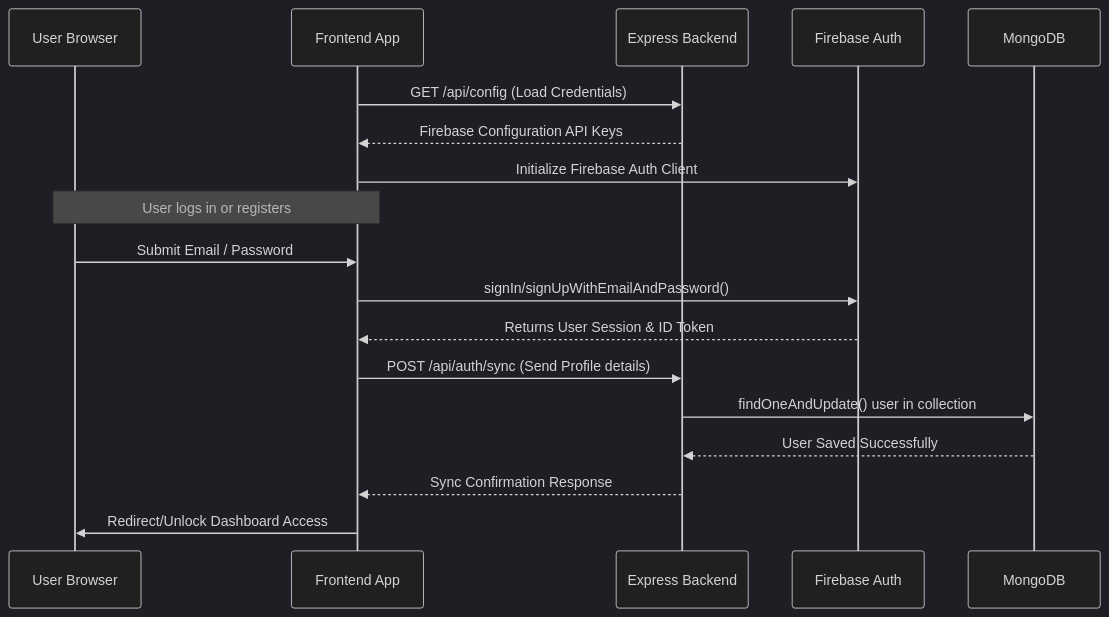
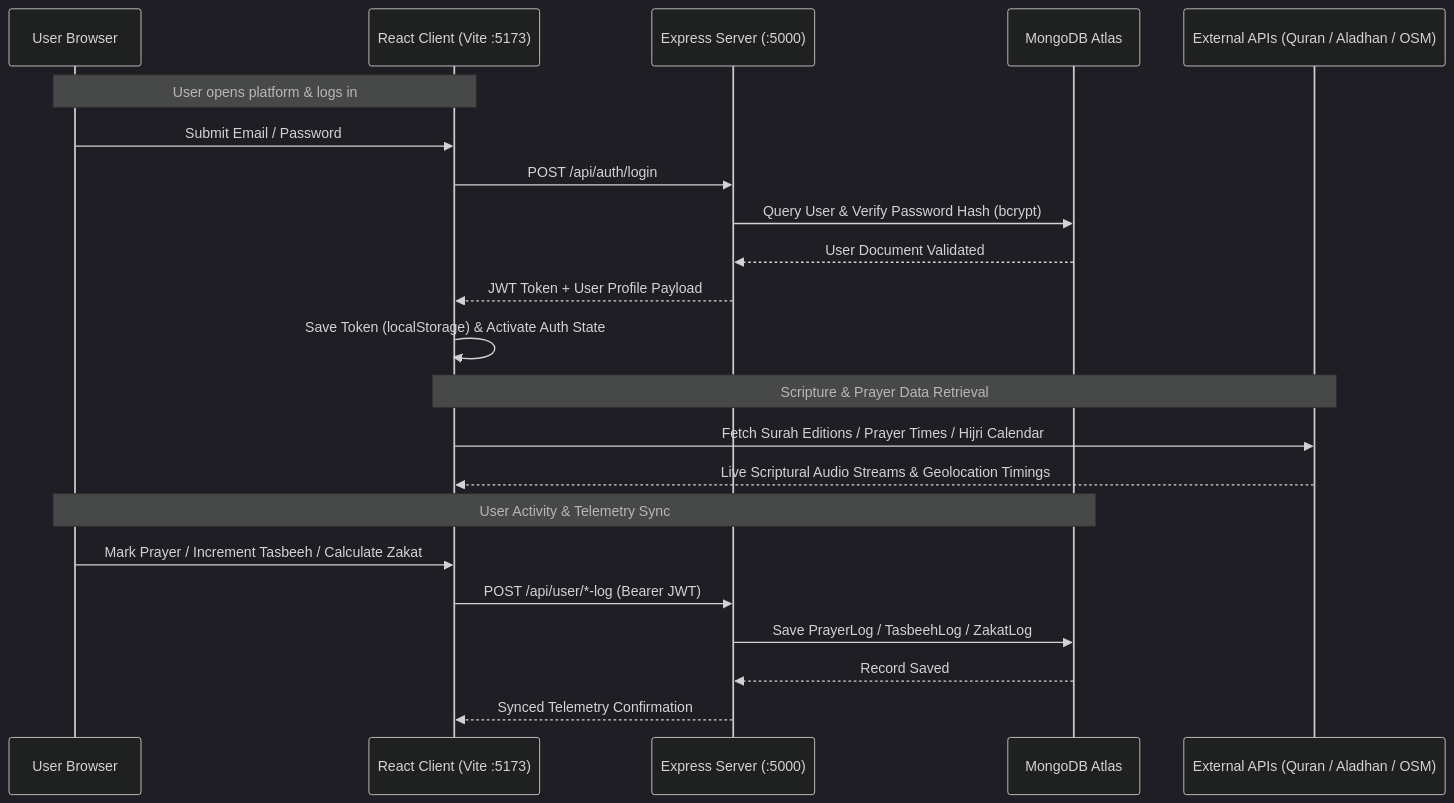
The first of 3 diagrams in README.md (itxasadashfaq/NurulQuran), drawn with Mermaid (dark theme) before and after one commit. The commit also changed other lines of this file and 48 other files, not shown here.

Commit message:
feat: complete 6-week MERN stack platform, DFD architecture diagrams, and persistent cloud API

````diff
--- a/README.md
+++ b/README.md
@@ -19,23 +18,27 @@
 ```mermaid
 sequenceDiagram
     participant User as User Browser
-    participant FE as Frontend App
-    participant BE as Express Backend
-    participant FB as Firebase Auth
-    participant DB as MongoDB
+    participant React as React Client (Vite :5173)
+    participant API as Express Server (:5000)
+    participant DB as MongoDB Atlas
+    participant Ext as External APIs (Quran / Aladhan / OSM)
 
-    FE->>BE: GET /api/config (Load Credentials)
-    BE-->>FE: Firebase Configuration API Keys
-    FE->>FB: Initialize Firebase Auth Client
-    
-    Note over User, FE: User logs in or registers
-    User->>FE: Submit Email / Password
-    FE->>FB: signIn/signUpWithEmailAndPassword()
-    FB-->>FE: Returns User Session & ID Token
-    
-    FE->>BE: POST /api/auth/sync (Send Profile details)
-    BE->>DB: findOneAndUpdate() user in collection
-    DB-->>BE: User Saved Successfully
-    BE-->>FE: Sync Confirmation Response
-    FE->>User: Redirect/Unlock Dashboard Access
+    Note over User, React: User opens platform & logs in
+    User->>React: Submit Email / Password
+    React->>API: POST /api/auth/login
+    API->>DB: Query User & Verify Password Hash (bcrypt)
+    DB-->>API: User Document Validated
+    API-->>React: JWT Token + User Profile Payload
+    React->>React: Save Token (localStorage) & Activate Auth State
+
+    Note over React, Ext: Scripture & Prayer Data Retrieval
+    React->>Ext: Fetch Surah Editions / Prayer Times / Hijri Calendar
+    Ext-->>React: Live Scriptural Audio Streams & Geolocation Timings
+
+    Note over User, DB: User Activity & Telemetry Sync
+    User->>React: Mark Prayer / Increment Tasbeeh / Calculate Zakat
+    React->>API: POST /api/user/*-log (Bearer JWT)
+    API->>DB: Save PrayerLog / TasbeehLog / ZakatLog
+    DB-->>API: Record Saved
+    API-->>React: Synced Telemetry Confirmation
 ```
````
